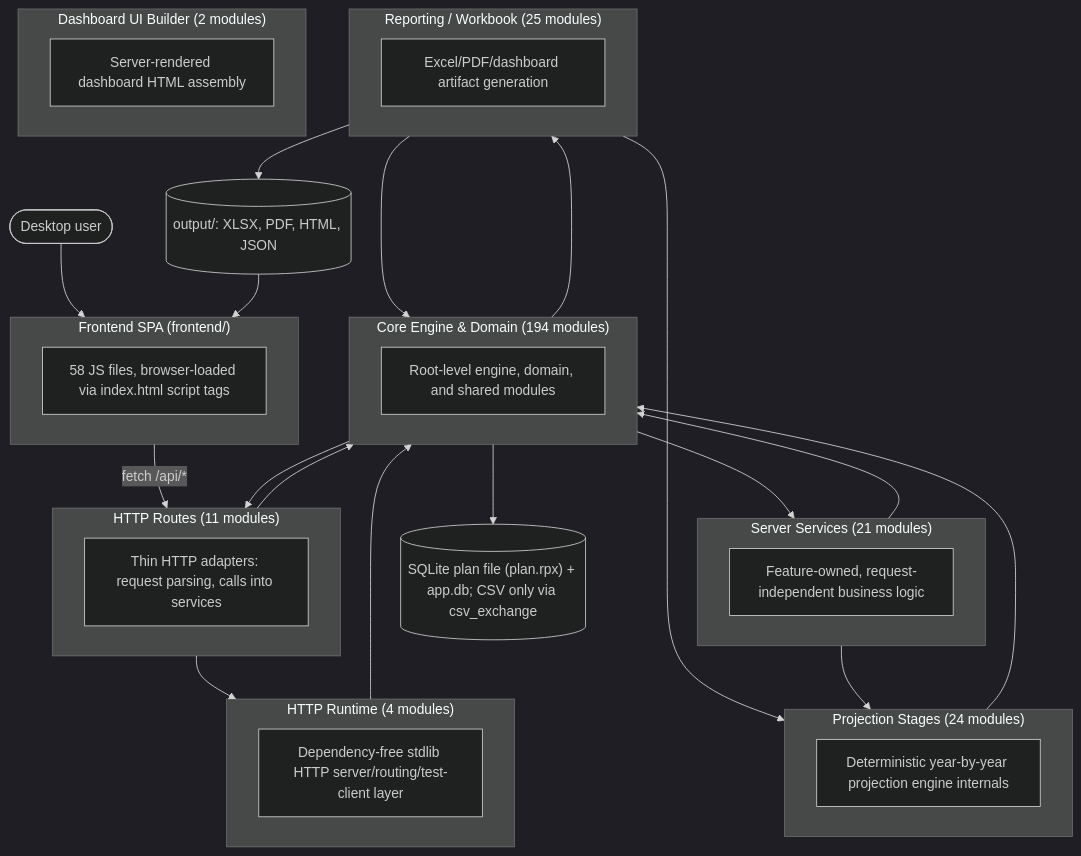
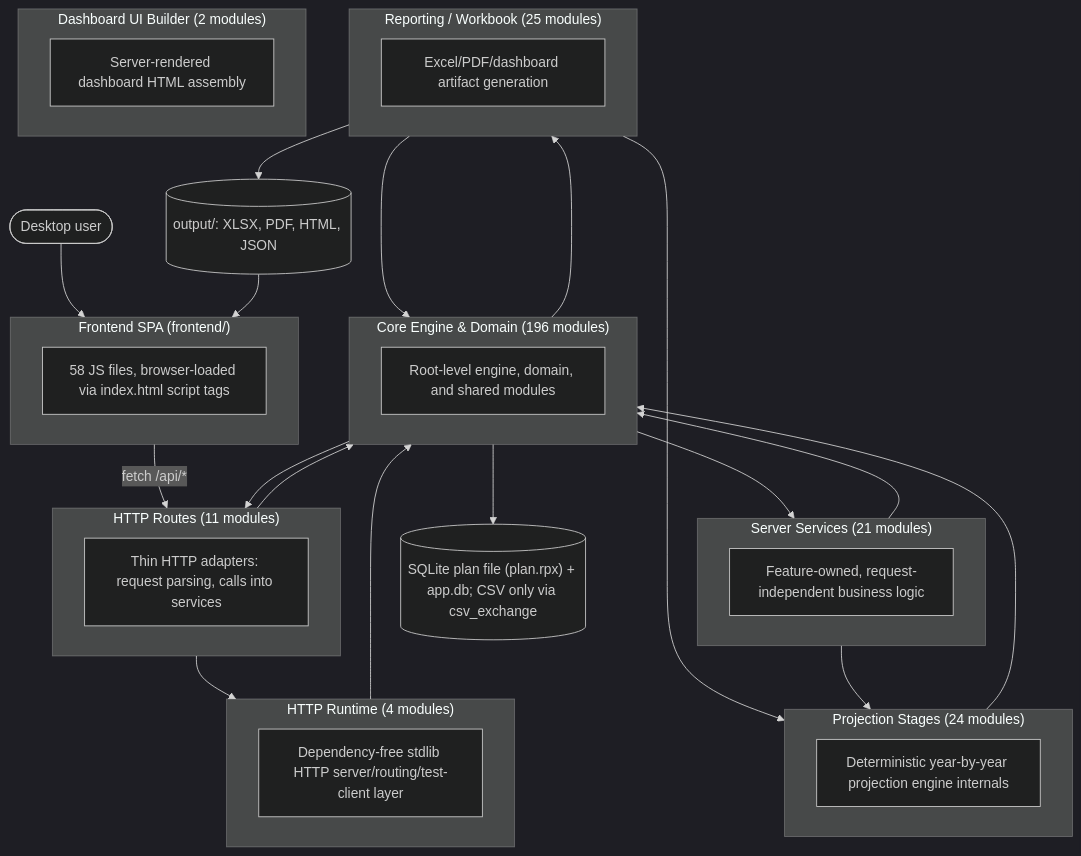
One commit to matthartzman/retirement_system changed the first of 2 diagrams in documentation/reference/SYSTEM_ARCHITECTURE_DIAGRAM.md. Above: the diagram before and after it, drawn with Mermaid (dark theme). The commit also changed other lines of this file and 4 other files, not shown here.

````diff
--- a/documentation/reference/SYSTEM_ARCHITECTURE_DIAGRAM.md
+++ b/documentation/reference/SYSTEM_ARCHITECTURE_DIAGRAM.md
@@ -11,43 +11,43 @@
 ```mermaid
 flowchart TB
     User(["Desktop user"]) --> FE
     subgraph FE["Frontend SPA (frontend/)"]
         FEcount["58 JS files, browser-loaded via index.html script tags"]
     end
     FE -->|fetch /api/*| L_HTTP_Routes
     subgraph L_HTTP_Routes["HTTP Routes (11 modules)"]
         L_HTTP_Routes_d["Thin HTTP adapters: request parsing, calls into services"]
     end
     subgraph L_Server_Services["Server Services (21 modules)"]
         L_Server_Services_d["Feature-owned, request-independent business logic"]
     end
     subgraph L_HTTP_Runtime["HTTP Runtime (4 modules)"]
         L_HTTP_Runtime_d["Dependency-free stdlib HTTP server/routing/test-client layer"]
     end
-    subgraph L_Core_Engine___Domain["Core Engine & Domain (194 modules)"]
+    subgraph L_Core_Engine___Domain["Core Engine & Domain (196 modules)"]
         L_Core_Engine___Domain_d["Root-level engine, domain, and shared modules"]
     end
     subgraph L_Projection_Stages["Projection Stages (24 modules)"]
         L_Projection_Stages_d["Deterministic year-by-year projection engine internals"]
     end
     subgraph L_Reporting___Workbook["Reporting / Workbook (25 modules)"]
         L_Reporting___Workbook_d["Excel/PDF/dashboard artifact generation"]
     end
     subgraph L_Dashboard_UI_Builder["Dashboard UI Builder (2 modules)"]
         L_Dashboard_UI_Builder_d["Server-rendered dashboard HTML assembly"]
     end
     L_Core_Engine___Domain --> L_HTTP_Routes
     L_Core_Engine___Domain --> L_Reporting___Workbook
     L_Core_Engine___Domain --> L_Server_Services
     L_HTTP_Routes --> L_Core_Engine___Domain
     L_HTTP_Routes --> L_HTTP_Runtime
     L_HTTP_Runtime --> L_Core_Engine___Domain
     L_Projection_Stages --> L_Core_Engine___Domain
     L_Reporting___Workbook --> L_Core_Engine___Domain
     L_Reporting___Workbook --> L_Projection_Stages
     L_Server_Services --> L_Core_Engine___Domain
     L_Server_Services --> L_Projection_Stages
     L_Core_Engine___Domain --> DB[("SQLite plan file (plan.rpx) + app.db; CSV only via csv_exchange")]
     L_Reporting___Workbook --> Outputs[("output/: XLSX, PDF, HTML, JSON")]
     Outputs --> FE
 ```
````
